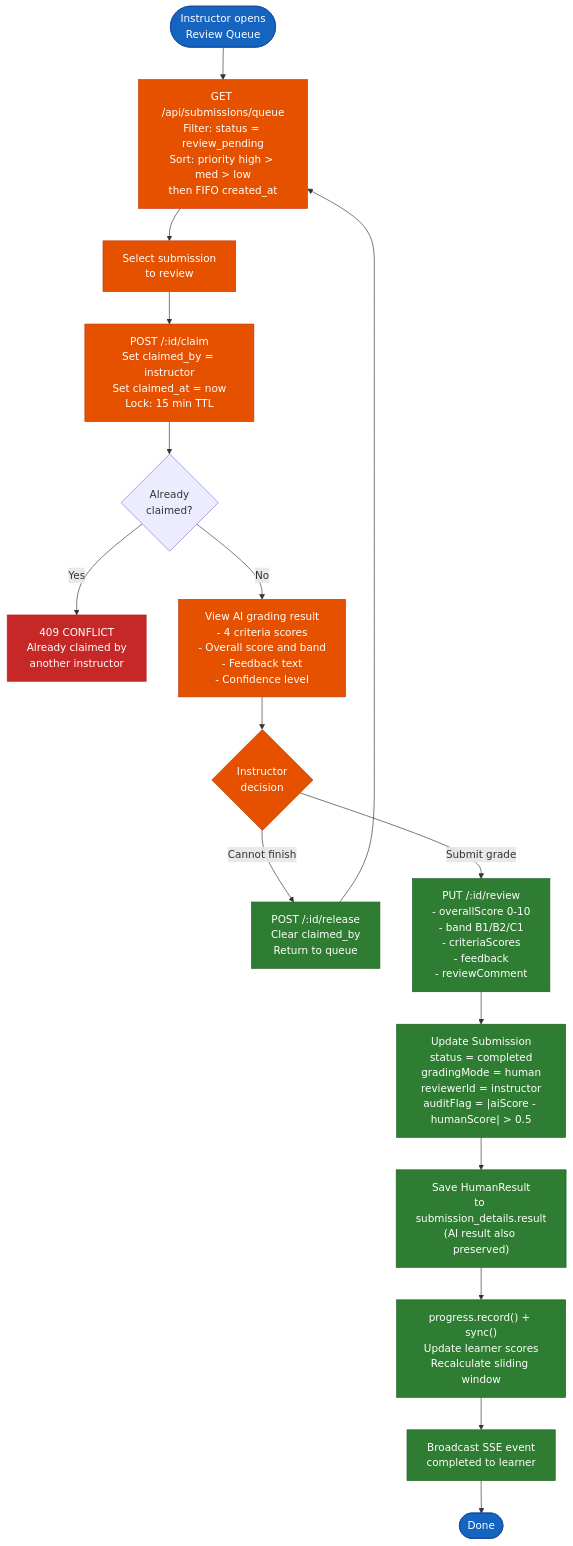
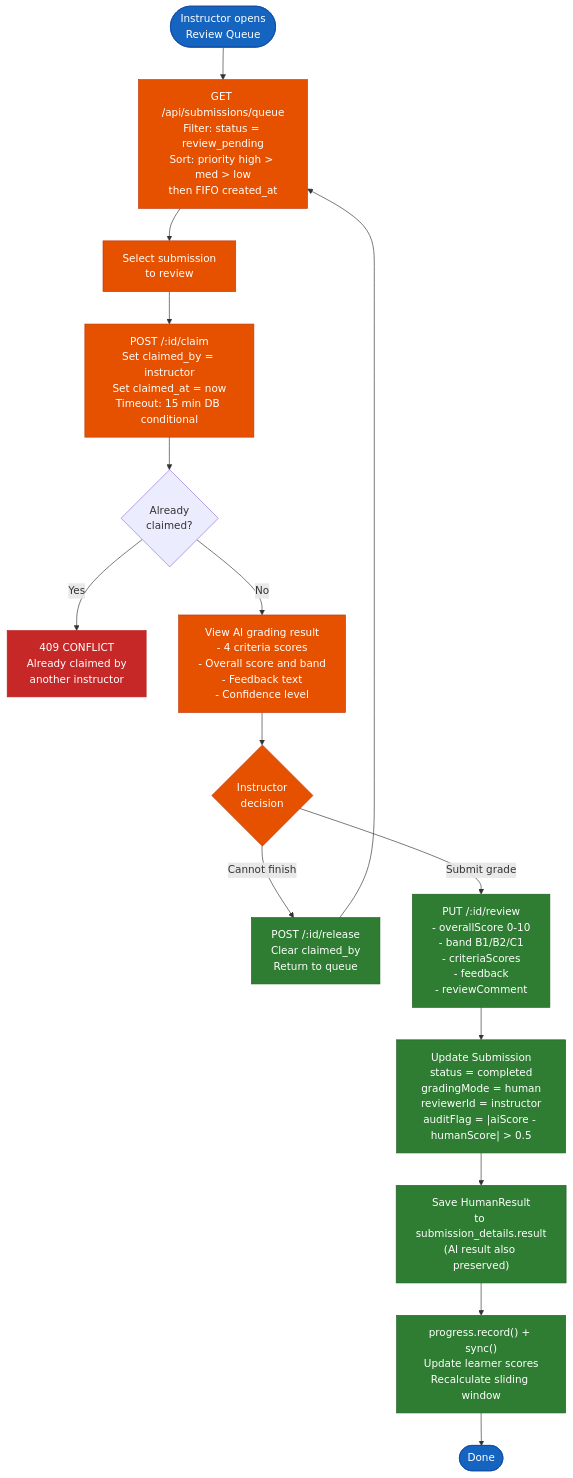
Diagram 13 of 16 in docs/capstone/reports/ENG/report3-software-requirement-specification.md (nghyane/VSTEP), drawn with Mermaid before and after one commit. The commit also changed other lines of this file and 1 other file, not shown here.

Commit message:
docs: align report 3 with current architecture

````diff
--- a/docs/capstone/reports/ENG/report3-software-requirement-specification.md
+++ b/docs/capstone/reports/ENG/report3-software-requirement-specification.md
@@ -1586,51 +1568,49 @@
 ```mermaid
 flowchart TB
     Start(["Instructor opens<br/>Review Queue"])
 
     ViewQueue["GET /api/submissions/queue<br/>Filter: status = review_pending<br/>Sort: priority high > med > low<br/>then FIFO created_at"]
 
     SelectSub["Select submission<br/>to review"]
 
-    Claim["POST /:id/claim<br/>Set claimed_by = instructor<br/>Set claimed_at = now<br/>Lock: 15 min TTL"]
+    Claim["POST /:id/claim<br/>Set claimed_by = instructor<br/>Set claimed_at = now<br/>Timeout: 15 min DB conditional"]
 
     ClaimCheck{"Already<br/>claimed?"}
     ClaimFail["409 CONFLICT<br/>Already claimed by<br/>another instructor"]
 
     ViewAIResult["View AI grading result<br/>- 4 criteria scores<br/>- Overall score and band<br/>- Feedback text<br/>- Confidence level"]
 
     ReviewDecision{"Instructor<br/>decision"}
 
     Release["POST /:id/release<br/>Clear claimed_by<br/>Return to queue"]
 
     SubmitReview["PUT /:id/review<br/>- overallScore 0-10<br/>- band B1/B2/C1<br/>- criteriaScores<br/>- feedback<br/>- reviewComment"]
 
     UpdateSub["Update Submission<br/>status = completed<br/>gradingMode = human<br/>reviewerId = instructor<br/>auditFlag = |aiScore - humanScore| > 0.5"]
 
     SaveResult["Save HumanResult<br/>to submission_details.result<br/>(AI result also preserved)"]
 
     Progress["progress.record() + sync()<br/>Update learner scores<br/>Recalculate sliding window"]
 
-    SSEEvent["Broadcast SSE event<br/>completed to learner"]
-
     End(["Done"])
 
     Start --> ViewQueue --> SelectSub --> Claim
     Claim --> ClaimCheck
     ClaimCheck -->|"Yes"| ClaimFail
     ClaimCheck -->|"No"| ViewAIResult
     ViewAIResult --> ReviewDecision
     ReviewDecision -->|"Cannot finish"| Release
     ReviewDecision -->|"Submit grade"| SubmitReview
     Release --> ViewQueue
-    SubmitReview --> UpdateSub --> SaveResult --> Progress --> SSEEvent --> End
+    SubmitReview --> UpdateSub --> SaveResult --> Progress --> End
 
     classDef start fill:#1565c0,stroke:#0d47a1,color:#fff
     classDef action fill:#e65100,stroke:#bf360c,color:#fff
     classDef error fill:#c62828,stroke:#b71c1c,color:#fff
     classDef result fill:#2e7d32,stroke:#1b5e20,color:#fff
 
     class Start,End start
     class ViewQueue,SelectSub,Claim,ViewAIResult,ReviewDecision action
     class ClaimFail error
-    class SubmitReview,UpdateSub,SaveResult,Progress,SSEEvent,Release result
+    class SubmitReview,UpdateSub,SaveResult,Progress,Release result
 ```
````
